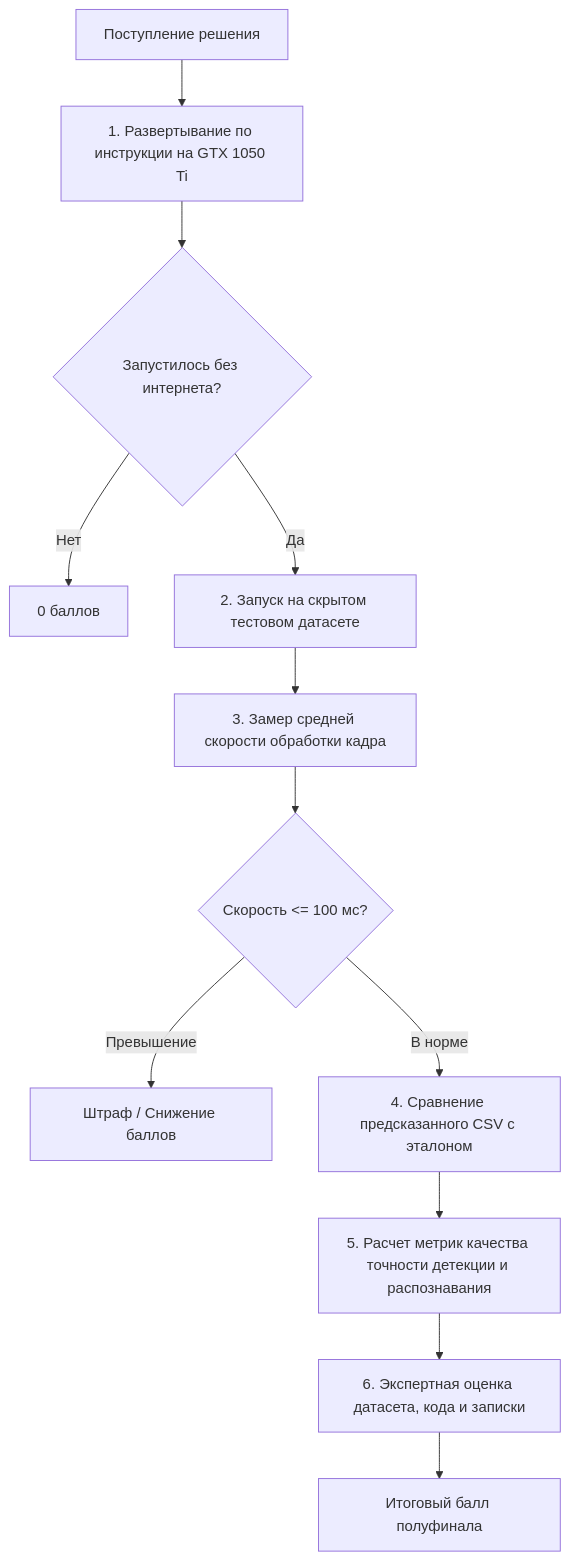
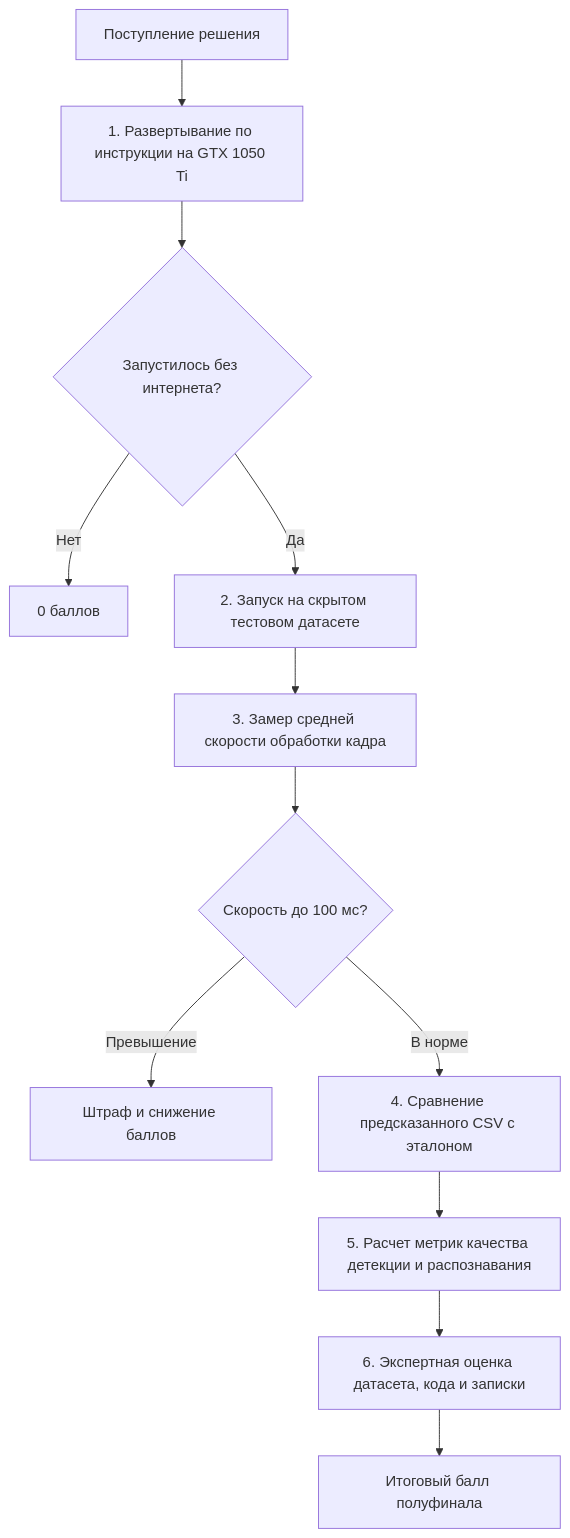
One commit to Vamsilver/OmniPlate-RU changed the diagram in docs/requirements/04_deliverables_and_grading.md. Above: the diagram before and after it, drawn with Mermaid. The commit also changed 24 other files, not shown here.

Commit message:
docs(submission): record solo author Vasiliev R.A., update submission letter and fix mermaid diagrams syntax

````diff
--- a/docs/requirements/04_deliverables_and_grading.md
+++ b/docs/requirements/04_deliverables_and_grading.md
@@ -35,14 +35,14 @@
 ```mermaid
 flowchart TD
-    A[Поступление решения] --> B[1. Развертывание по инструкции на GTX 1050 Ti]
-    B --> C{Запустилось без интернета?}
-    C -- Нет --> Z[0 баллов]
-    C -- Да --> D[2. Запуск на скрытом тестовом датасете]
-    D --> E[3. Замер средней скорости обработки кадра]
-    E --> F{Скорость <= 100 мс?}
-    F -- Превышение --> G[Штраф / Снижение баллов]
-    F -- В норме --> H[4. Сравнение предсказанного CSV с эталоном]
-    H --> I[5. Расчет метрик качества точности детекции и распознавания]
-    I --> J[6. Экспертная оценка датасета, кода и записки]
-    J --> K[Итоговый балл полуфинала]
+    A["Поступление решения"] --> B["1. Развертывание по инструкции на GTX 1050 Ti"]
+    B --> C{"Запустилось без интернета?"}
+    C -->|"Нет"| Z["0 баллов"]
+    C -->|"Да"| D["2. Запуск на скрытом тестовом датасете"]
+    D --> E["3. Замер средней скорости обработки кадра"]
+    E --> F{"Скорость до 100 мс?"}
+    F -->|"Превышение"| G["Штраф и снижение баллов"]
+    F -->|"В норме"| H["4. Сравнение предсказанного CSV с эталоном"]
+    H --> I["5. Расчет метрик качества детекции и распознавания"]
+    I --> J["6. Экспертная оценка датасета, кода и записки"]
+    J --> K["Итоговый балл полуфинала"]
 ```
````
